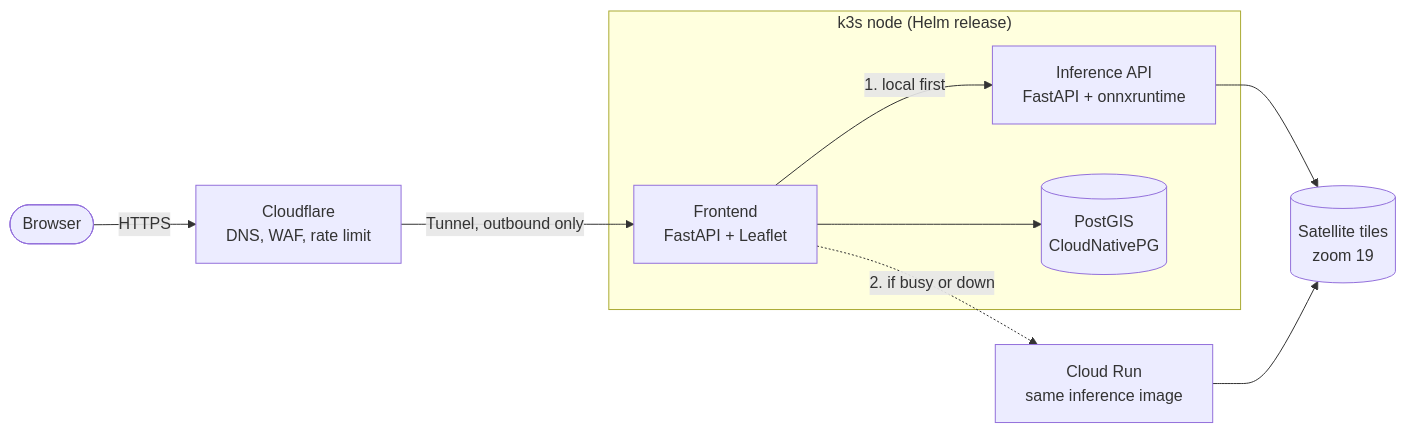
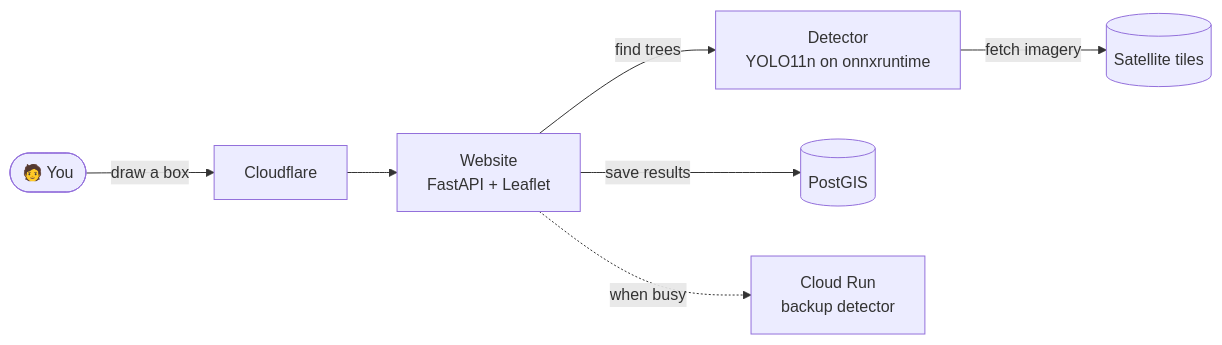
The diagram in README.md (davnish/cocolit), drawn with Mermaid before and after one commit. The commit also changed other lines of this file, not shown here.

````diff
--- a/README.md
+++ b/README.md
@@ -32,14 +41,9 @@
 ```mermaid
 flowchart LR
-    user([Browser]) -->|HTTPS| cf[Cloudflare<br/>DNS, WAF, rate limit]
-    cf -->|Tunnel, outbound only| fe
-
-    subgraph k3s["k3s node (Helm release)"]
-        fe[Frontend<br/>FastAPI + Leaflet] -->|1. local first| inf[Inference API<br/>FastAPI + onnxruntime]
-        fe --> db[(PostGIS<br/>CloudNativePG)]
-    end
-
-    fe -.->|2. if busy or down| run[Cloud Run<br/>same inference image]
-    inf --> tiles[(Satellite tiles<br/>zoom 19)]
-    run --> tiles
+    user([🧑 You]) -->|draw a box| cf[Cloudflare]
+    cf --> fe[Website<br/>FastAPI + Leaflet]
+    fe -->|find trees| inf[Detector<br/>YOLO11n on onnxruntime]
+    inf -->|fetch imagery| tiles[(Satellite tiles)]
+    fe -->|save results| db[(PostGIS)]
+    fe -.->|when busy| run[Cloud Run<br/>backup detector]
 ```
````
